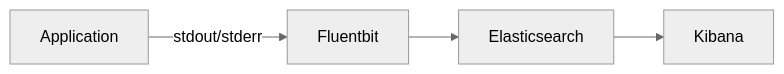
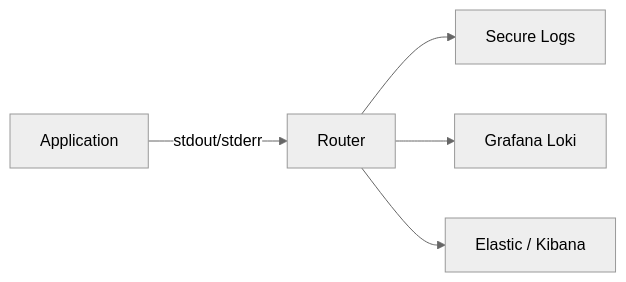
Before and after one commit to nais/doc: the third of 5 diagrams in docs/observability/README.md, drawn with Mermaid (neutral theme). The commit also changed other lines of this file and 4 other files, not shown here.

````diff
--- a/docs/observability/README.md
+++ b/docs/observability/README.md
@@ -76,6 +72,7 @@
 ```mermaid
 graph LR
-  Application --stdout/stderr--> Fluentbit
-  Fluentbit --> Elasticsearch
-  Elasticsearch --> Kibana
+  Application --stdout/stderr--> Router
+  Router --> A[Secure Logs]
+  Router --> B[Grafana Loki]
+  Router --> C[Elastic / Kibana]
 ```
````
